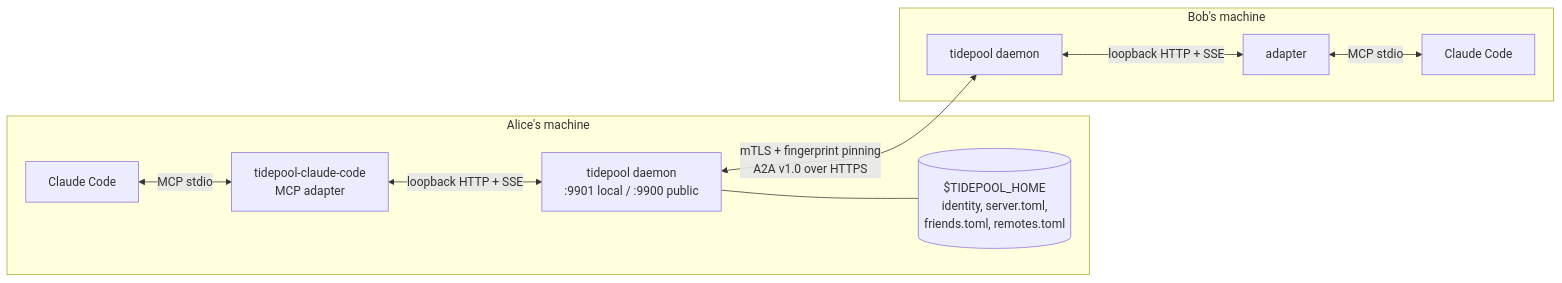
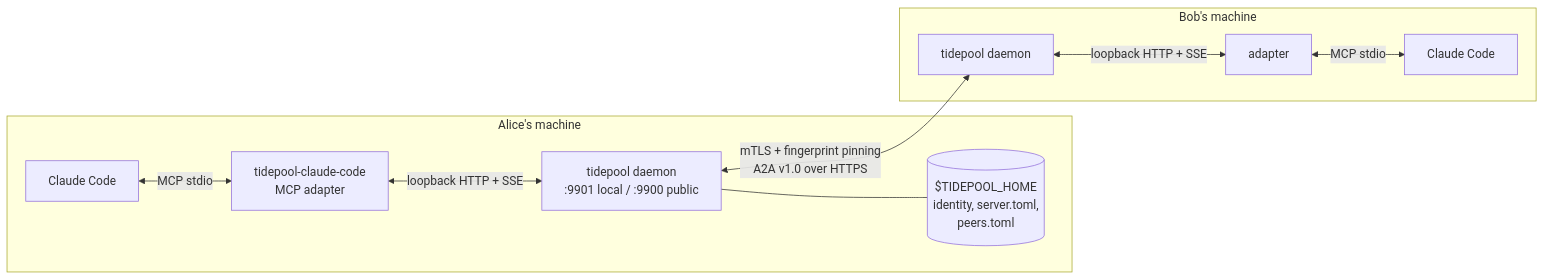
Before and after one commit to Jellypod-Inc/tidepool: the first of 5 diagrams in docs/architecture.md, drawn with Mermaid. The commit also changed other lines of this file and 38 other files, not shown here.

First line of the commit message:
refactor(unified-peers): remove friends.toml and remotes.toml; peers.toml is the single trust store

````diff
--- a/docs/architecture.md
+++ b/docs/architecture.md
@@ -13,20 +13,20 @@
 ```mermaid
 flowchart LR
   subgraph Alice["Alice's machine"]
     AC[Claude Code]
     AA[tidepool-claude-code<br/>MCP adapter]
     AD[tidepool daemon<br/>:9901 local / :9900 public]
-    AFS[($TIDEPOOL_HOME<br/>identity, server.toml,<br/>friends.toml, remotes.toml)]
+    AFS[($TIDEPOOL_HOME<br/>identity, server.toml,<br/>peers.toml)]
     AC <-->|MCP stdio| AA
     AA <-->|loopback HTTP + SSE| AD
     AD --- AFS
   end
   subgraph Bob["Bob's machine"]
     BD[tidepool daemon]
     BA[adapter]
     BC[Claude Code]
     BD <-->|loopback HTTP + SSE| BA
     BA <-->|MCP stdio| BC
   end
   AD <-->|mTLS + fingerprint pinning<br/>A2A v1.0 over HTTPS| BD
 ```
````
